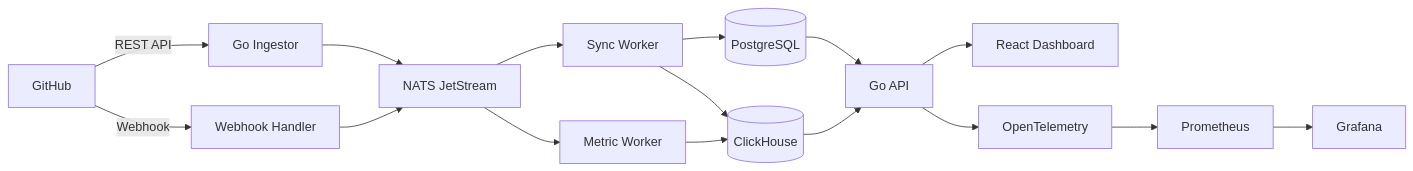
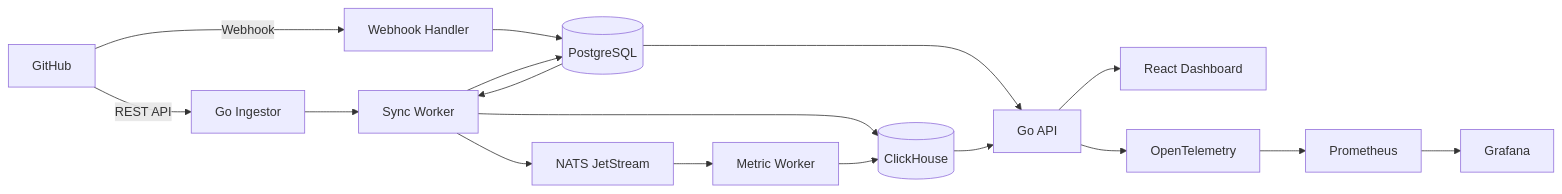
One commit to PangIkp/devlens-api changed the diagram in docs/01-business-logic-architecture.md. Above: the diagram before and after it, drawn with Mermaid. The commit also changed 13 other files, not shown here.

````diff
--- a/docs/01-business-logic-architecture.md
+++ b/docs/01-business-logic-architecture.md
@@ -170,18 +170,19 @@
 ```mermaid
 flowchart LR
     GH[GitHub] -->|REST API| ING[Go Ingestor]
     GH -->|Webhook| WH[Webhook Handler]
-    ING --> NATS[NATS JetStream]
-    WH --> NATS
-    NATS --> SW[Sync Worker]
+    ING --> SW[Sync Worker]
+    WH --> PG[(PostgreSQL)]
+    PG --> SW
+    SW --> NATS[NATS JetStream]
     NATS --> MW[Metric Worker]
     SW --> PG[(PostgreSQL)]
     SW --> CH[(ClickHouse)]
     MW --> CH
     PG --> API[Go API]
     CH --> API
     API --> FE[React Dashboard]
     API --> OTEL[OpenTelemetry]
     OTEL --> PROM[Prometheus]
     PROM --> GRAF[Grafana]
 ```
````
